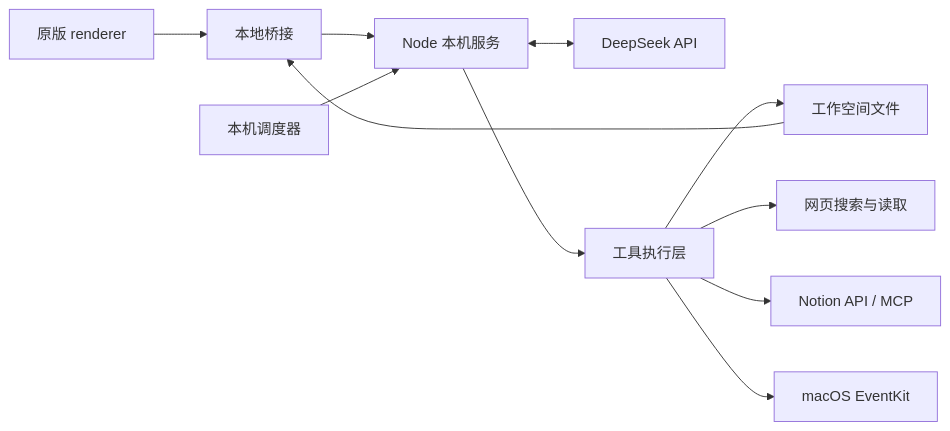
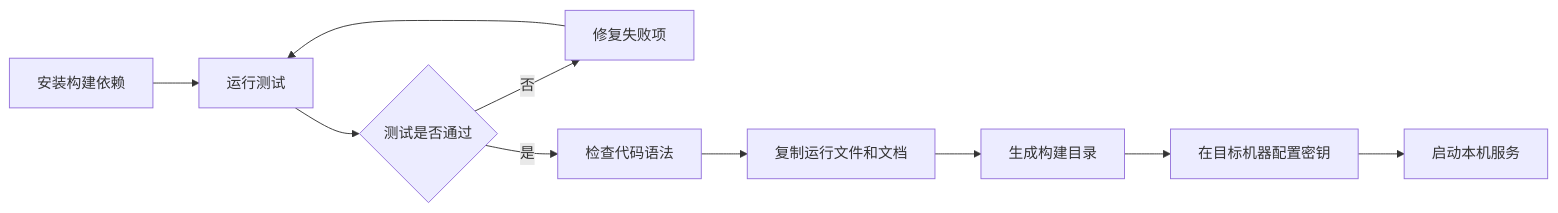
One commit to Snowbow19/nival-bot-rea changed the second of 2 diagrams in README.md. Above: the diagram before and after it, drawn with Mermaid. The commit also changed other lines of this file, not shown here.

````diff
--- a/README.md
+++ b/README.md
@@ -306,13 +238,12 @@
 ```mermaid
 flowchart LR
-  UI[原版 renderer] --> Bridge[本地桥接]
-  Bridge --> Server[Node 本机服务]
-  Server <--> DeepSeek[DeepSeek API]
-  Server --> Tools[工具执行层]
-  Tools --> State[工作空间文件]
-  Tools --> Web[网页搜索与读取]
-  Tools --> Notion[Notion API / MCP]
-  Tools --> Calendar[macOS EventKit]
-  Scheduler[本机调度器] --> Server
-  State --> Bridge
+  A[安装构建依赖] --> B[运行测试]
+  B --> C{测试是否通过}
+  C -->|否| D[修复失败项]
+  D --> B
+  C -->|是| E[检查代码语法]
+  E --> F[复制运行文件和文档]
+  F --> G[生成构建目录]
+  G --> H[在目标机器配置密钥]
+  H --> I[启动本机服务]
 ```
````
